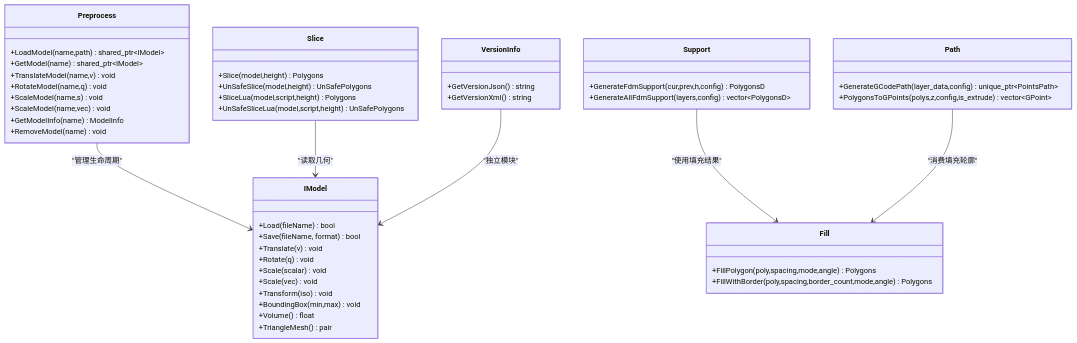
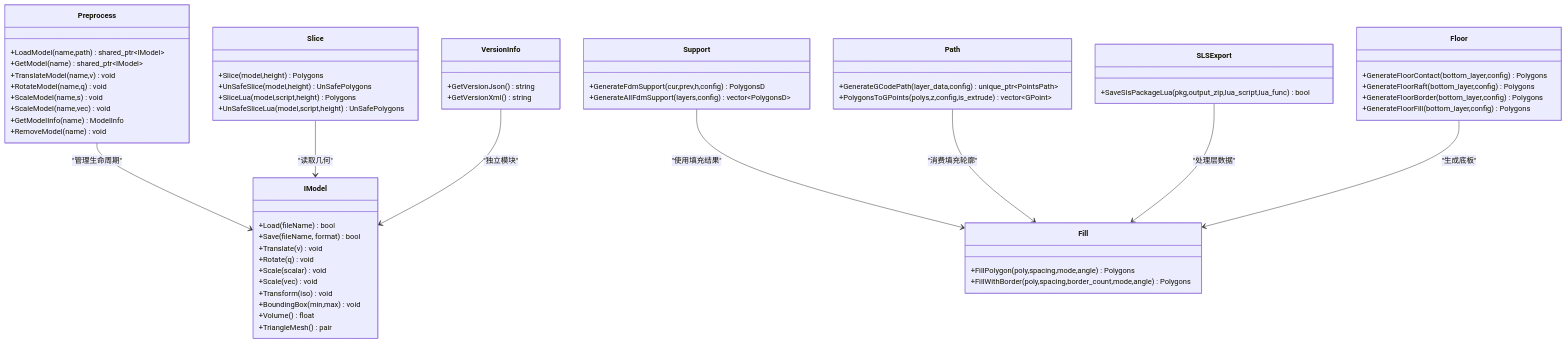
One commit to hsmbanlance/HsBaSlicer changed the fifth of 12 diagrams in .qoder/repowiki/zh/content/核心模块详解/LibHsBaSlicer核心库文档.md. Above: the diagram before and after it, drawn with Mermaid. The commit also changed other lines of this file and 19 other files, not shown here.

````diff
--- a/.qoder/repowiki/zh/content/核心模块详解/LibHsBaSlicer核心库文档.md
+++ b/.qoder/repowiki/zh/content/核心模块详解/LibHsBaSlicer核心库文档.md
@@ -191,52 +258,63 @@
 ```mermaid
 classDiagram
 class IModel {
 +Load(fileName) bool
 +Save(fileName, format) bool
 +Translate(v) void
 +Rotate(q) void
 +Scale(scalar) void
 +Scale(vec) void
 +Transform(iso) void
 +BoundingBox(min,max) void
 +Volume() float
 +TriangleMesh() pair
 }
 class Preprocess {
 +LoadModel(name,path) shared_ptr~IModel~
 +GetModel(name) shared_ptr~IModel~
 +TranslateModel(name,v) void
 +RotateModel(name,q) void
 +ScaleModel(name,s) void
 +ScaleModel(name,vec) void
 +GetModelInfo(name) ModelInfo
 +RemoveModel(name) void
 }
 class Slice {
 +Slice(model,height) Polygons
 +UnSafeSlice(model,height) UnSafePolygons
 +SliceLua(model,script,height) Polygons
 +UnSafeSliceLua(model,script,height) UnSafePolygons
 }
 class Support {
 +GenerateFdmSupport(cur,prev,h,config) PolygonsD
 +GenerateAllFdmSupport(layers,config) vector~PolygonsD~
 }
 class Fill {
 +FillPolygon(poly,spacing,mode,angle) Polygons
 +FillWithBorder(poly,spacing,border_count,mode,angle) Polygons
 }
 class Path {
 +GenerateGCodePath(layer_data,config) unique_ptr~PointsPath~
 +PolygonsToGPoints(polys,z,config,is_extrude) vector~GPoint~
 }
+class SLSExport {
++SaveSlsPackageLua(pkg,output_zip,lua_script,lua_func) bool
+}
+class Floor {
++GenerateFloorContact(bottom_layer,config) Polygons
++GenerateFloorRaft(bottom_layer,config) Polygons
++GenerateFloorBorder(bottom_layer,config) Polygons
++GenerateFloorFill(bottom_layer,config) Polygons
+}
 class VersionInfo {
 +GetVersionJson() string
 +GetVersionXml() string
 }
 Preprocess --> IModel : "管理生命周期"
 Slice --> IModel : "读取几何"
 Support --> Fill : "使用填充结果"
 Path --> Fill : "消费填充轮廓"
+SLSExport --> Fill : "处理层数据"
+Floor --> Fill : "生成底板"
 VersionInfo --> IModel : "独立模块"
 ```
````
